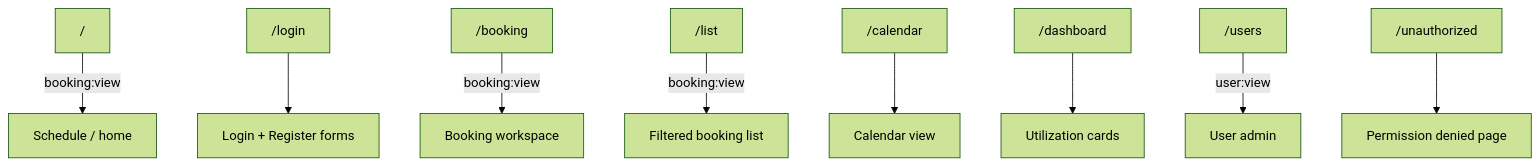
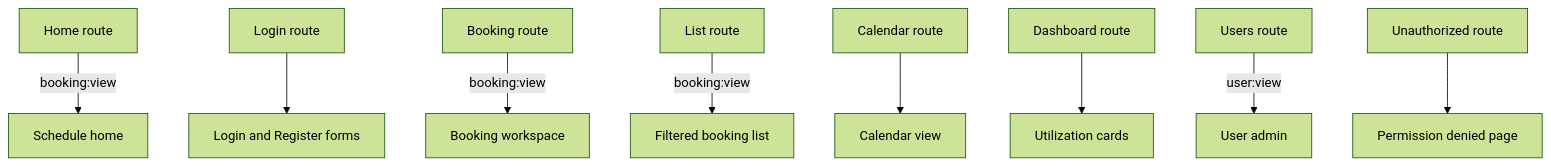
One commit to gnanavi030/booking-system changed diagram 14 of 17 in Readme.md. Above: the diagram before and after it, drawn with Mermaid (forest theme). The commit also changed other lines of this file, not shown here.

````diff
--- a/Readme.md
+++ b/Readme.md
@@ -670,11 +664,11 @@
 ```mermaid
 flowchart TD
-    Root["/"] -->|booking:view| Home[Schedule / home]
-    Login["/login"] --> Auth[Login + Register forms]
-    Booking["/booking"] -->|booking:view| BookUI[Booking workspace]
-    List["/list"] -->|booking:view| ListUI[Filtered booking list]
-    Cal["/calendar"] --> CalUI[Calendar view]
-    Dash["/dashboard"] --> DashUI[Utilization cards]
-    Users["/users"] -->|user:view| UsersUI[User admin]
-    Unauth["/unauthorized"] --> Msg[Permission denied page]
+    Root[Home route] -->|booking:view| Home[Schedule home]
+    Login[Login route] --> Auth[Login and Register forms]
+    Booking[Booking route] -->|booking:view| BookUI[Booking workspace]
+    List[List route] -->|booking:view| ListUI[Filtered booking list]
+    Cal[Calendar route] --> CalUI[Calendar view]
+    Dash[Dashboard route] --> DashUI[Utilization cards]
+    Users[Users route] -->|user:view| UsersUI[User admin]
+    Unauth[Unauthorized route] --> Msg[Permission denied page]
 ```
````
